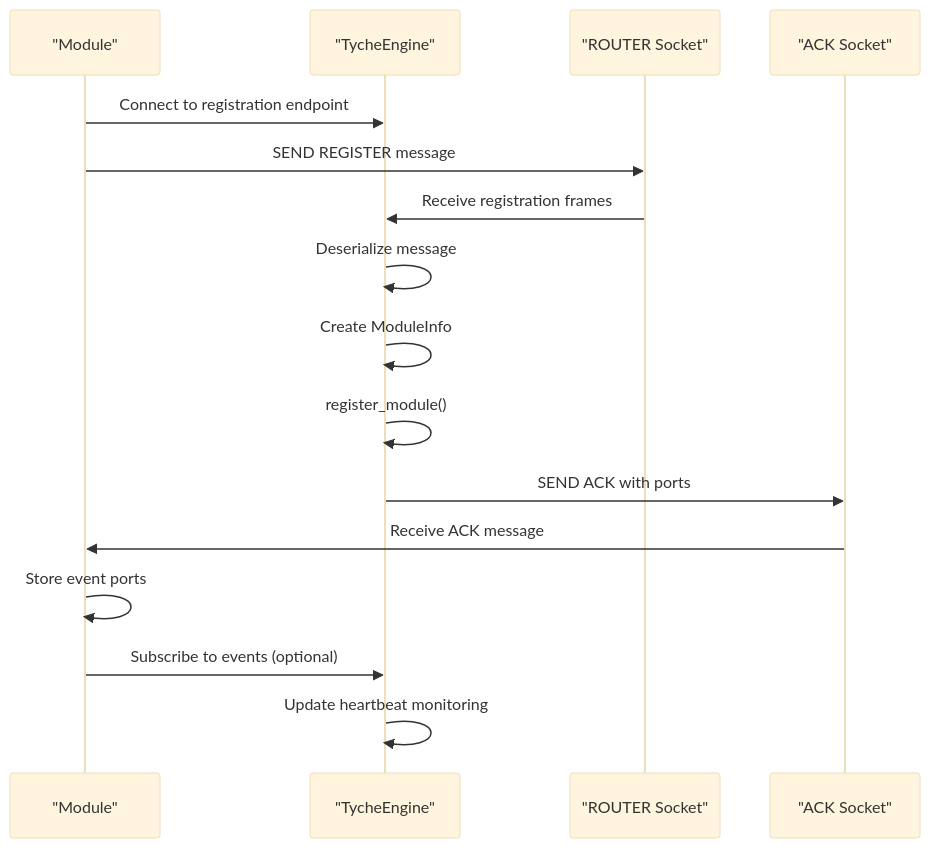
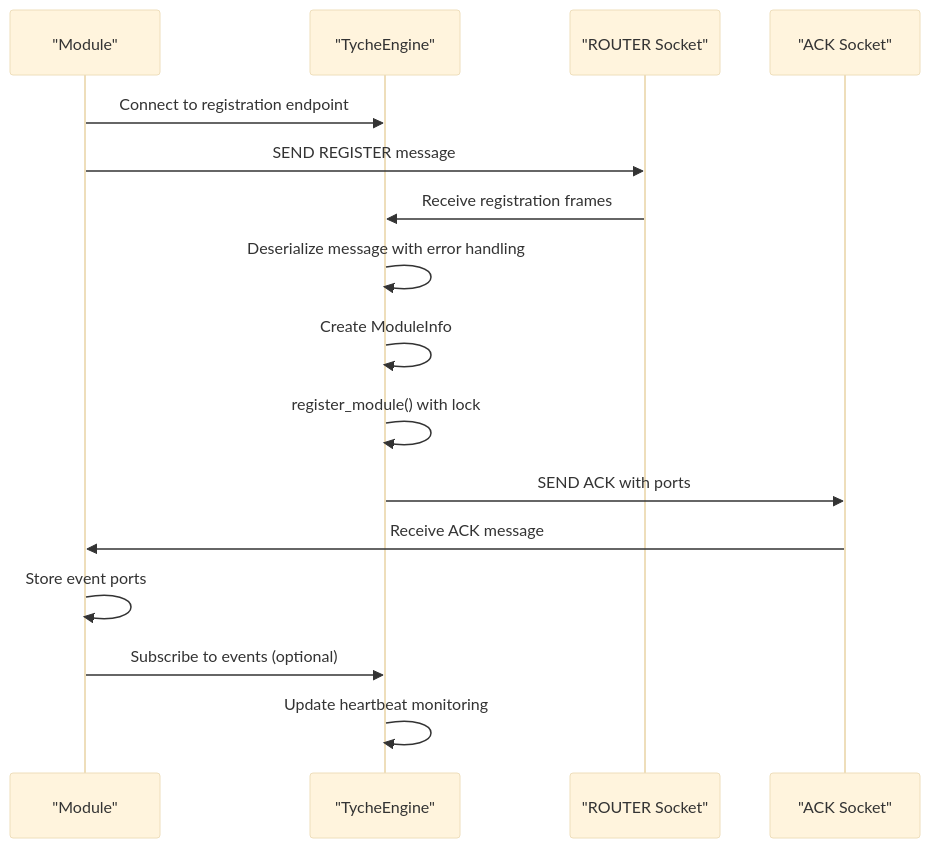
One commit to zt281/TycheEngine changed the fifth of 10 diagrams in .qoder/repowiki/en/content/Core Components/TycheEngine - Central Broker.md. Above: the diagram before and after it, drawn with Mermaid (base theme). The commit also changed other lines of this file and 5 other files, not shown here.

````diff
--- a/.qoder/repowiki/en/content/Core Components/TycheEngine - Central Broker.md
+++ b/.qoder/repowiki/en/content/Core Components/TycheEngine - Central Broker.md
@@ -280,18 +312,18 @@
 ```mermaid
 sequenceDiagram
 participant Module as "Module"
 participant Engine as "TycheEngine"
 participant Router as "ROUTER Socket"
 participant Ack as "ACK Socket"
 Module->>Engine : Connect to registration endpoint
 Module->>Router : SEND REGISTER message
 Router->>Engine : Receive registration frames
-Engine->>Engine : Deserialize message
+Engine->>Engine : Deserialize message with error handling
 Engine->>Engine : Create ModuleInfo
-Engine->>Engine : register_module()
+Engine->>Engine : register_module() with lock
 Engine->>Ack : SEND ACK with ports
 Ack->>Module : Receive ACK message
 Module->>Module : Store event ports
 Module->>Engine : Subscribe to events (optional)
 Engine->>Engine : Update heartbeat monitoring
 ```
````
